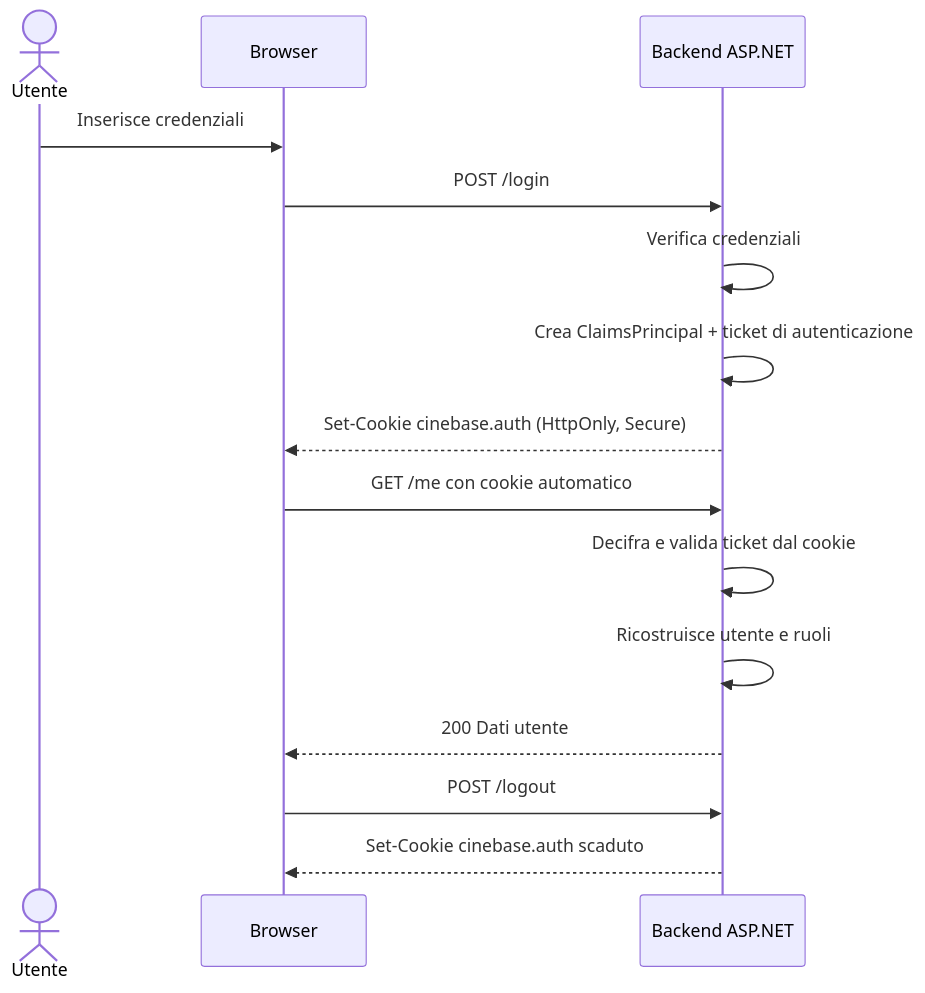
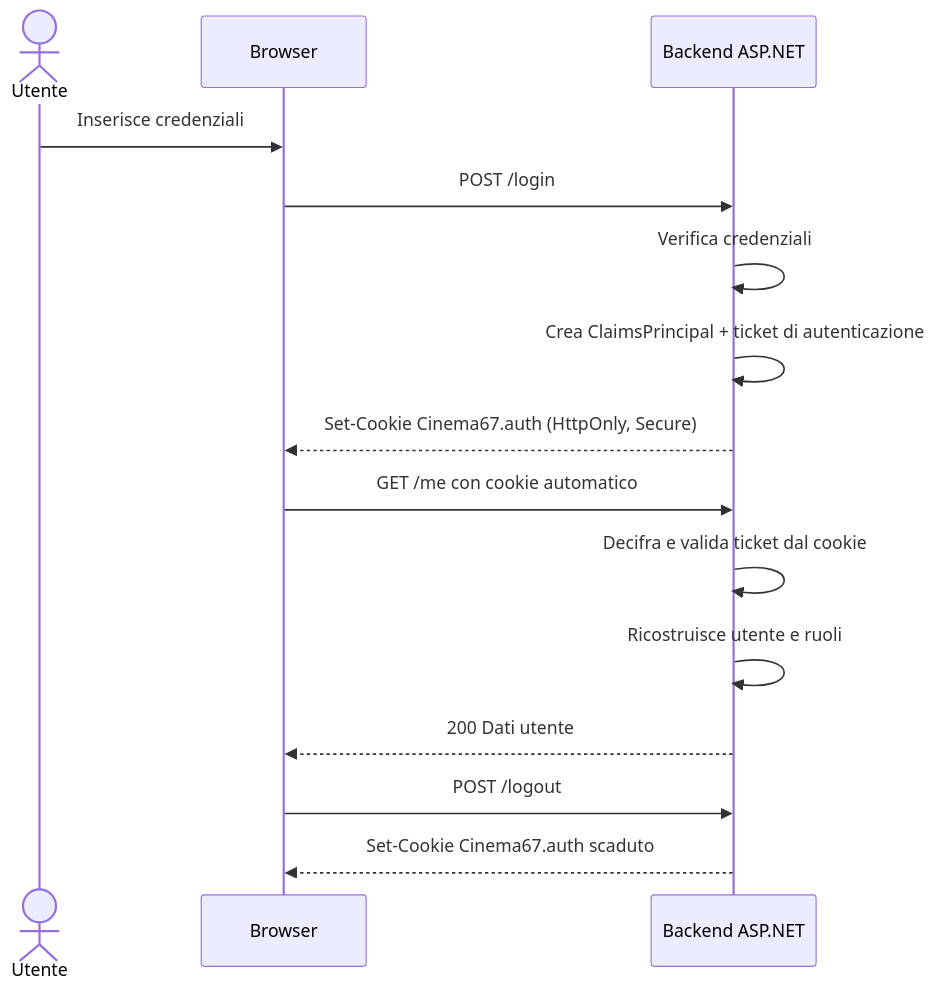
Diagram 15 of 18 in docs/tutorials/TUTORIAL_AUTENTICAZIONE_WEB.md (GioeleUselli/Cinema67), drawn with Mermaid before and after one commit. The commit also changed other lines of this file and 123 other files, not shown here.

````diff
--- a/docs/tutorials/TUTORIAL_AUTENTICAZIONE_WEB.md
+++ b/docs/tutorials/TUTORIAL_AUTENTICAZIONE_WEB.md
@@ -1179,20 +1179,20 @@
 ```mermaid
 sequenceDiagram
     actor U as Utente
     participant B as Browser
     participant API as Backend ASP.NET
 
     U->>B: Inserisce credenziali
     B->>API: POST /login
     API->>API: Verifica credenziali
     API->>API: Crea ClaimsPrincipal + ticket di autenticazione
-    API-->>B: Set-Cookie cinebase.auth (HttpOnly, Secure)
+    API-->>B: Set-Cookie Cinema67.auth (HttpOnly, Secure)
 
     B->>API: GET /me con cookie automatico
     API->>API: Decifra e valida ticket dal cookie
     API->>API: Ricostruisce utente e ruoli
     API-->>B: 200 Dati utente
 
     B->>API: POST /logout
-    API-->>B: Set-Cookie cinebase.auth scaduto
+    API-->>B: Set-Cookie Cinema67.auth scaduto
 ```
````
